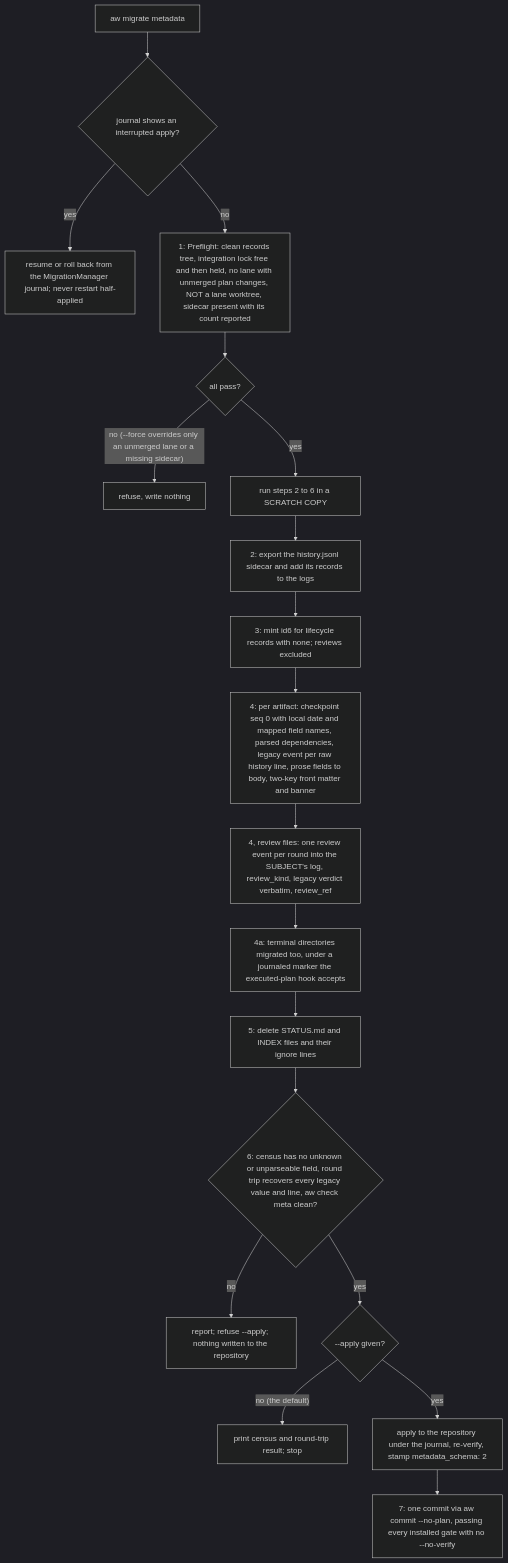
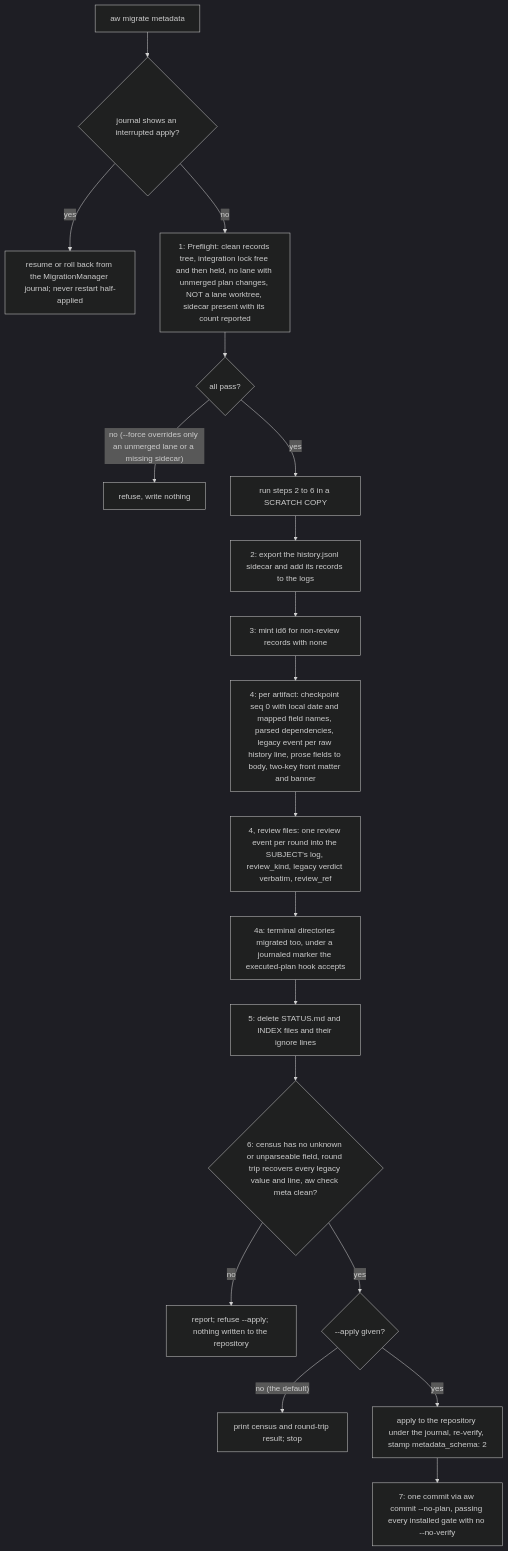
One commit to fariello/agent-workflows changed the eighth of 10 diagrams in .aw/records/specs/reviewed/20260925-metastore-01-4sd62s-artifact-metadata-store.spec.md. Above: the diagram before and after it, drawn with Mermaid (dark theme). The commit also changed other lines of this file, not shown here.

````diff
--- a/.aw/records/specs/reviewed/20260925-metastore-01-4sd62s-artifact-metadata-store.spec.md
+++ b/.aw/records/specs/reviewed/20260925-metastore-01-4sd62s-artifact-metadata-store.spec.md
@@ -1335,21 +1336,21 @@
 ```mermaid
 flowchart TD
     Z["aw migrate metadata"] --> Z1{"journal shows an interrupted apply?"}
     Z1 -- yes --> Z2["resume or roll back from the MigrationManager journal; never restart half-applied"]
     Z1 -- no --> P["1: Preflight: clean records tree, integration lock free and then held, no lane with unmerged plan changes, NOT a lane worktree, sidecar present with its count reported"]
     P --> Q{"all pass?"}
     Q -- "no (--force overrides only an unmerged lane or a missing sidecar)" --> R["refuse, write nothing"]
     Q -- yes --> W["run steps 2 to 6 in a SCRATCH COPY"]
     W --> S2["2: export the history.jsonl sidecar and add its records to the logs"]
-    S2 --> S3["3: mint id6 for lifecycle records with none; reviews excluded"]
+    S2 --> S3["3: mint id6 for non-review records with none"]
     S3 --> S4["4: per artifact: checkpoint seq 0 with local date and mapped field names, parsed dependencies, legacy event per raw history line, prose fields to body, two-key front matter and banner"]
     S4 --> S4r["4, review files: one review event per round into the SUBJECT's log, review_kind, legacy verdict verbatim, review_ref"]
     S4r --> S4a["4a: terminal directories migrated too, under a journaled marker the executed-plan hook accepts"]
     S4a --> S5["5: delete STATUS.md and INDEX files and their ignore lines"]
     S5 --> S6{"6: census has no unknown or unparseable field, round trip recovers every legacy value and line, aw check meta clean?"}
     S6 -- no --> X["report; refuse --apply; nothing written to the repository"]
     S6 -- yes --> Y{"--apply given?"}
     Y -- "no (the default)" --> Y1["print census and round-trip result; stop"]
     Y -- yes --> Y2["apply to the repository under the journal, re-verify, stamp metadata_schema: 2"]
     Y2 --> S7["7: one commit via aw commit --no-plan, passing every installed gate with no --no-verify"]
 ```
````
